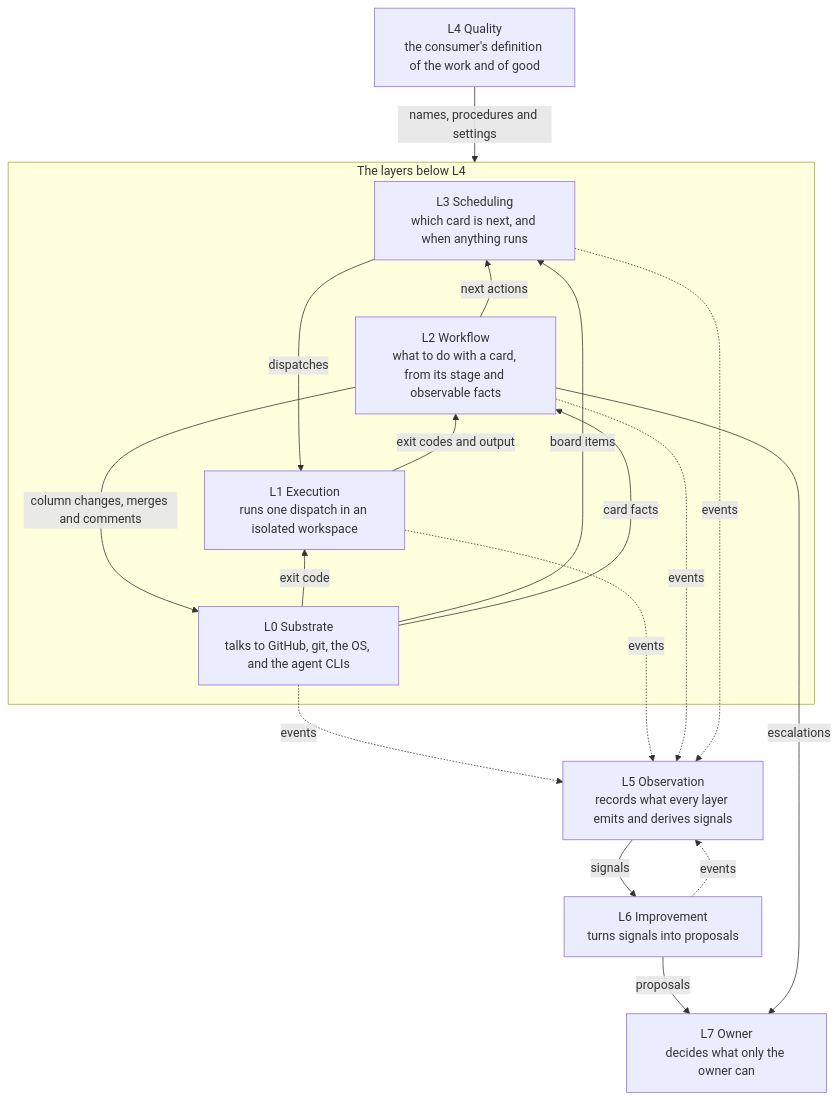
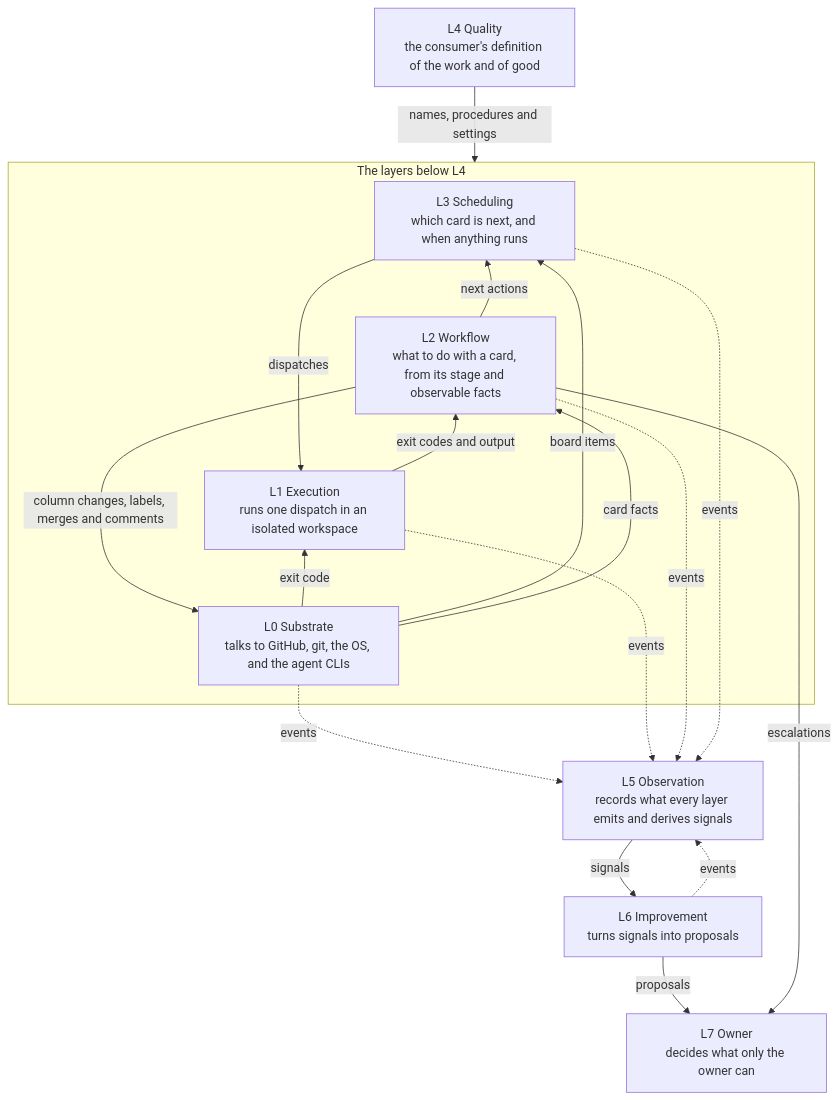
One commit to williacj/rigger changed the diagram in ARCHITECTURE.md. Above: the diagram before and after it, drawn with Mermaid. The commit also changed other lines of this file and 2 other files, not shown here.

````diff
--- a/ARCHITECTURE.md
+++ b/ARCHITECTURE.md
@@ -86,31 +87,31 @@
 ```mermaid
 flowchart TB
   L5["L5 Observation<br/>records what every layer emits and derives signals"]
   L6["L6 Improvement<br/>turns signals into proposals"]
   L7["L7 Owner<br/>decides what only the owner can"]
   L4["L4 Quality<br/>the consumer's definition of the work and of good"]
   subgraph below["The layers below L4"]
     L3["L3 Scheduling<br/>which card is next, and when anything runs"]
     L2["L2 Workflow<br/>what to do with a card, from its stage and observable facts"]
     L1["L1 Execution<br/>runs one dispatch in an isolated workspace"]
     L0["L0 Substrate<br/>talks to GitHub, git, the OS, and the agent CLIs"]
   end
   %% Invisible links, carrying nothing but the order of the stack.
   L3 ~~~ L2 ~~~ L1 ~~~ L0
   L4 -->|names, procedures and settings| below
   L2 -->|next actions| L3
   L3 -->|dispatches| L1
   L1 -->|exit codes and output| L2
   L0 -->|exit code| L1
   L0 -->|board items| L3
   L0 -->|card facts| L2
-  L2 -->|column changes, merges and comments| L0
+  L2 -->|column changes, labels, merges and comments| L0
   L0 -.->|events| L5
   L1 -.->|events| L5
   L2 -.->|events| L5
   L3 -.->|events| L5
   L6 -.->|events| L5
   L5 -->|signals| L6
   L6 -->|proposals| L7
   L2 -->|escalations| L7
 ```
````
